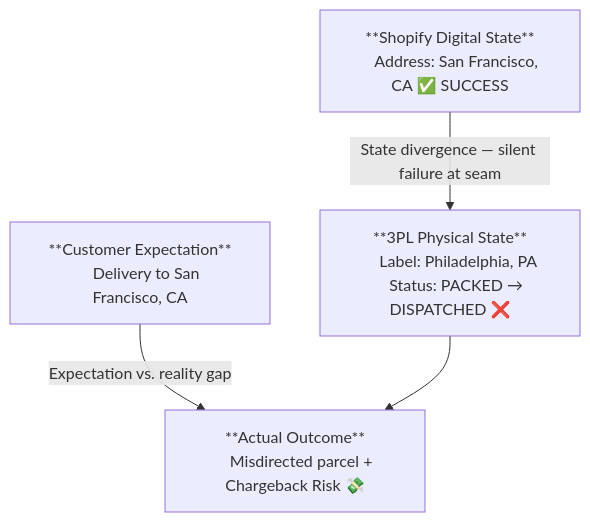
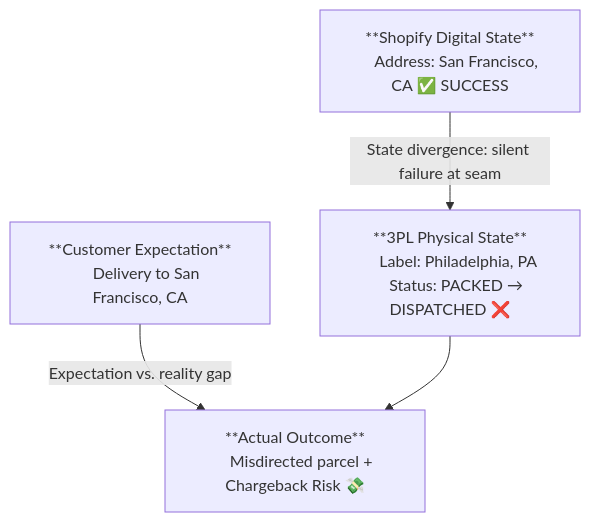
Before and after one commit to riovicsusas/portfolio: the diagram in capstone/MasterDossier-Capstone-AsynchronousOrderMutation.md, drawn with Mermaid. The commit also changed other lines of this file and 2 other files, not shown here.

````diff
--- a/capstone/MasterDossier-Capstone-AsynchronousOrderMutation.md
+++ b/capstone/MasterDossier-Capstone-AsynchronousOrderMutation.md
@@ -38,19 +80,15 @@
 ```mermaid
 flowchart TD
     SD["**Shopify Digital State**
     Address: San Francisco, CA ✅ SUCCESS"]
-
     PH["**3PL Physical State**
     Label: Philadelphia, PA
     Status: PACKED → DISPATCHED ❌"]
-
     CE["**Customer Expectation**
     Delivery to San Francisco, CA"]
-
     AO["**Actual Outcome**
     Misdirected parcel + Chargeback Risk 💸"]
-
-    SD -->|"State divergence — silent failure at seam"| PH
+    SD -->|"State divergence: silent failure at seam"| PH
     CE -->|"Expectation vs. reality gap"| AO
     PH --> AO
 ```
````
